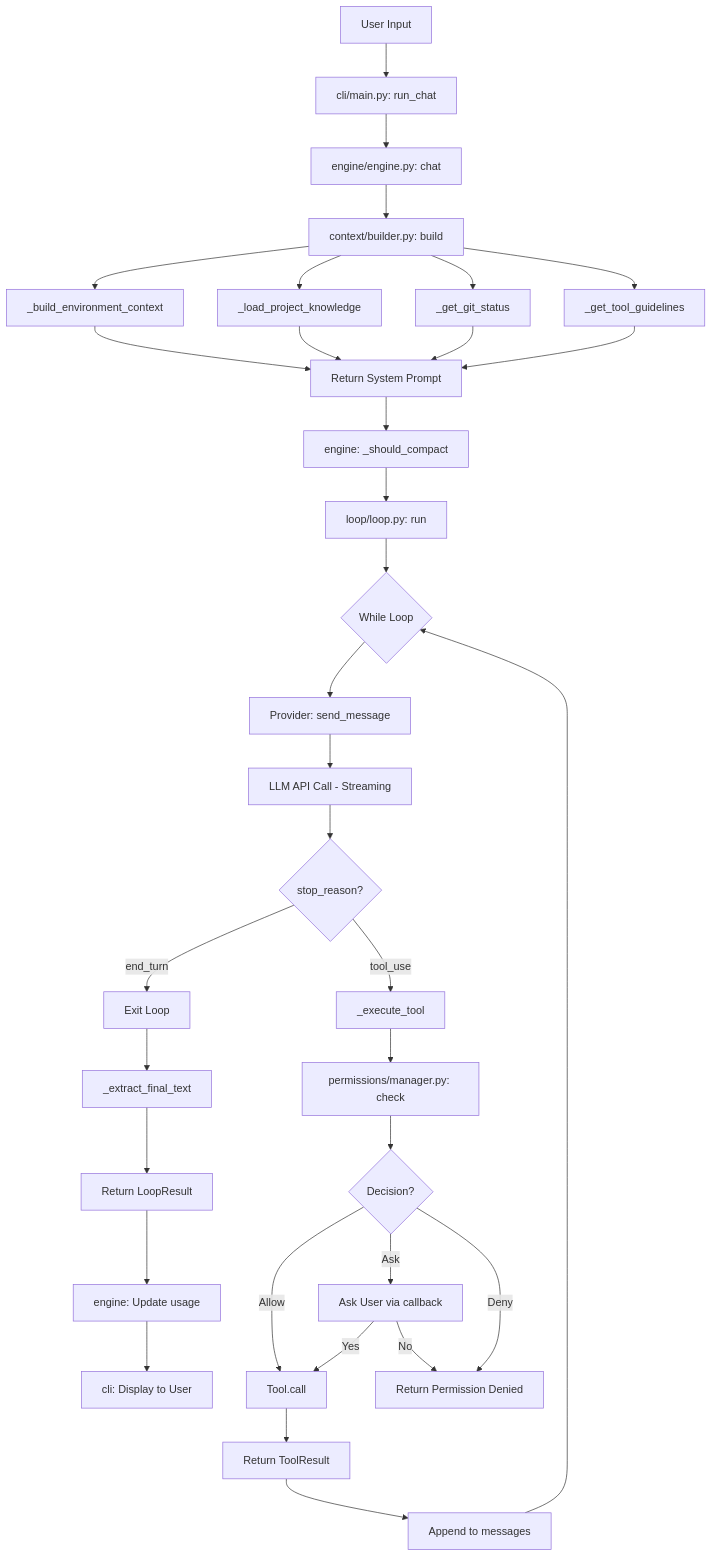
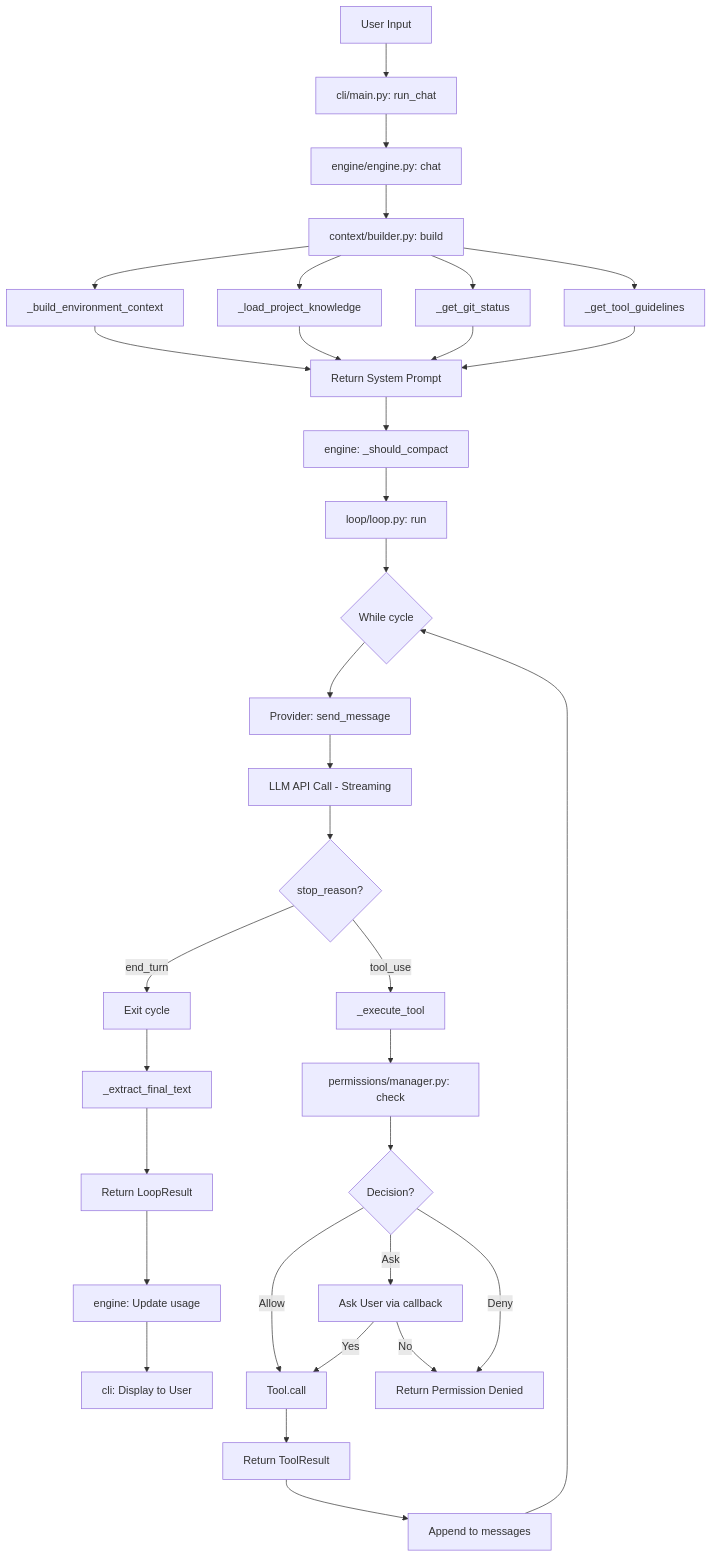
Before and after one commit to jycicy/claude-mini: the second of 3 diagrams in docs/mindmap-request-flow.md, drawn with Mermaid. The commit also changed other lines of this file, not shown here.

Commit message:
fix: remove reserved keyword loop from sequenceDiagram to fix Mermaid parse error

````diff
--- a/docs/mindmap-request-flow.md
+++ b/docs/mindmap-request-flow.md
@@ -81,41 +81,41 @@
 ```mermaid
 graph TD
     A[User Input] --> B[cli/main.py: run_chat]
     B --> C[engine/engine.py: chat]
     C --> D[context/builder.py: build]
     D --> D1[_build_environment_context]
     D --> D2[_load_project_knowledge]
     D --> D3[_get_git_status]
     D --> D4[_get_tool_guidelines]
     D1 --> E[Return System Prompt]
     D2 --> E
     D3 --> E
     D4 --> E
     E --> F[engine: _should_compact]
     F --> G[loop/loop.py: run]
 
-    G --> H{While Loop}
+    G --> H{While cycle}
     H --> I[Provider: send_message]
     I --> J[LLM API Call - Streaming]
     J --> K{stop_reason?}
 
-    K -->|end_turn| L[Exit Loop]
+    K -->|end_turn| L[Exit cycle]
     K -->|tool_use| M[_execute_tool]
 
     M --> N[permissions/manager.py: check]
     N --> N1{Decision?}
     N1 -->|Allow| O[Tool.call]
     N1 -->|Ask| P[Ask User via callback]
     N1 -->|Deny| Q[Return Permission Denied]
     P -->|Yes| O
     P -->|No| Q
 
     O --> R[Return ToolResult]
     R --> S[Append to messages]
     S --> H
 
     L --> T[_extract_final_text]
     T --> U[Return LoopResult]
     U --> V[engine: Update usage]
     V --> W[cli: Display to User]
 ```
````
